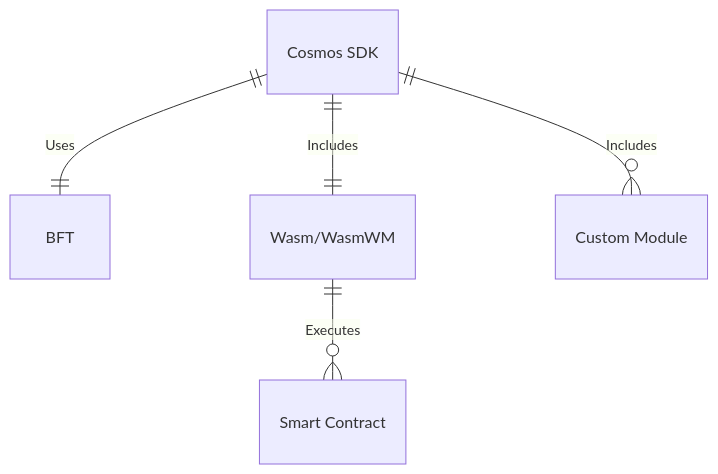
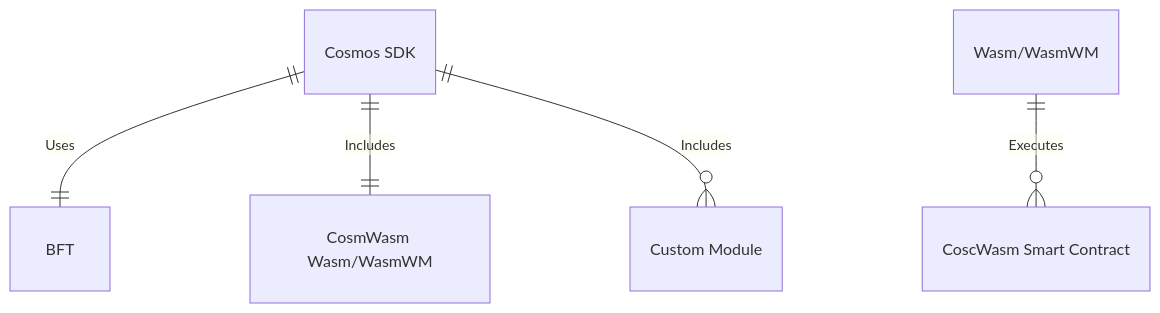
Before and after one commit to CosmWasm/docs: the diagram in src/pages/index.md, drawn with Mermaid. The commit also changed other lines of this file, not shown here.

````diff
--- a/src/pages/index.md
+++ b/src/pages/index.md
@@ -18,8 +16,8 @@
 ```mermaid
 erDiagram
     "Cosmos SDK" ||--|| BFT: Uses
-    "Cosmos SDK" ||--|| "Wasm/WasmWM": Includes
+    "Cosmos SDK" ||--|| "CosmWasm Wasm/WasmWM": Includes
     "Cosmos SDK" ||--o{ "Custom Module" : Includes
-    "Wasm/WasmWM" ||--o{ "Smart Contract": Executes
+    "Wasm/WasmWM" ||--o{ "CoscWasm Smart Contract": Executes
 
 ```
````
